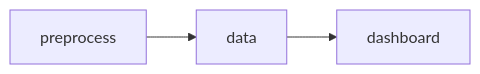
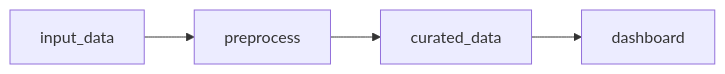
One commit to henriquekops/poors-bread changed the diagram in README.md. Above: the diagram before and after it, drawn with Mermaid. The commit also changed other lines of this file and 1 other file, not shown here.

Commit message:
add: requirements and deploy

````diff
--- a/README.md
+++ b/README.md
@@ -9,10 +13,12 @@
 ```mermaid
 flowchart LR
-        
+    
+    input_data
     preprocess
-    data
+    curated_data
     dashboard
 
-    preprocess --> data
-    data --> dashboard
+    input_data --> preprocess
+    preprocess --> curated_data
+    curated_data --> dashboard
 ```
````
